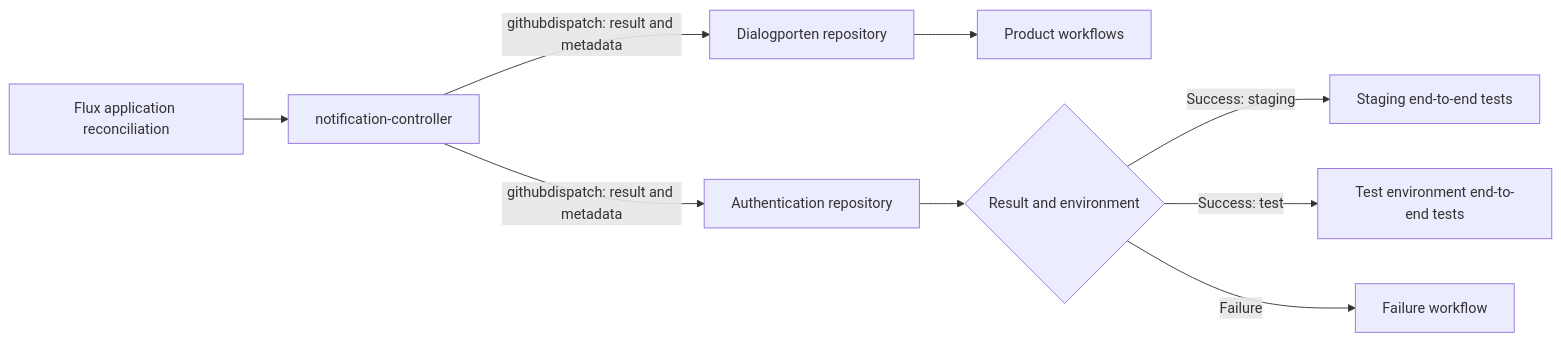
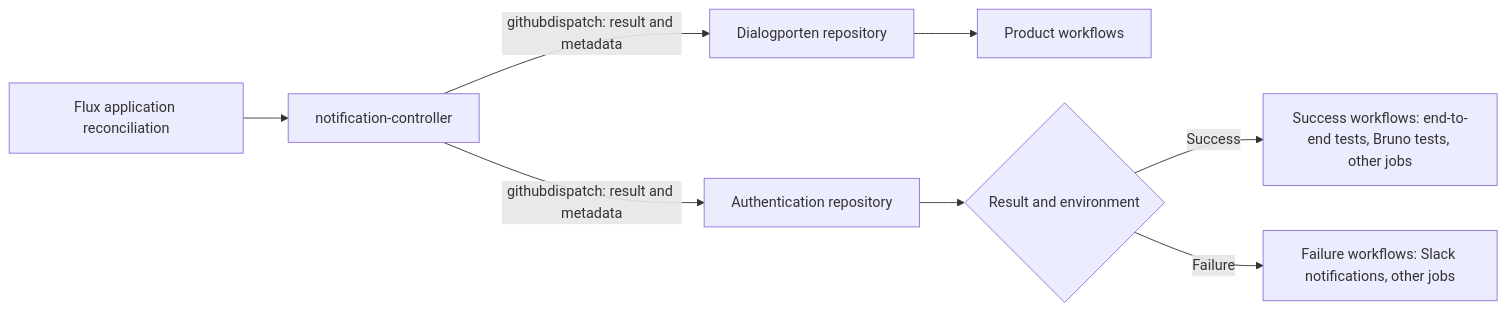
One commit to Altinn/altinn-platform changed the diagram in rfcs/0019-flux-workflow-notifications.md. Above: the diagram before and after it, drawn with Mermaid. The commit also changed other lines of this file, not shown here.

Commit message:
docs(rfcs): clarify deployment workflow use cases

````diff
--- a/rfcs/0019-flux-workflow-notifications.md
+++ b/rfcs/0019-flux-workflow-notifications.md
@@ -46,11 +48,10 @@
 ```mermaid
 flowchart LR
     flux["Flux application reconciliation"] --> nc["notification-controller"]
     nc -->|"githubdispatch: result and metadata"| dp["Dialogporten repository"]
     nc -->|"githubdispatch: result and metadata"| auth["Authentication repository"]
     dp --> dpjobs["Product workflows"]
     auth --> route{"Result and environment"}
-    route -->|"Success: staging"| staging["Staging end-to-end tests"]
-    route -->|"Success: test"| test["Test environment end-to-end tests"]
-    route -->|"Failure"| failure["Failure workflow"]
+    route -->|"Success"| success["Success workflows: end-to-end tests, Bruno tests, other jobs"]
+    route -->|"Failure"| failure["Failure workflows: Slack notifications, other jobs"]
 ```
````
